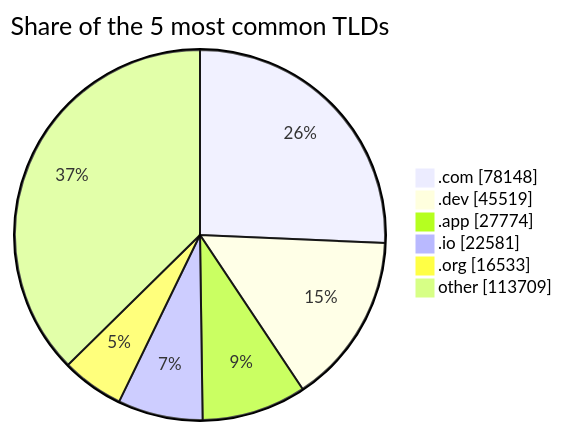
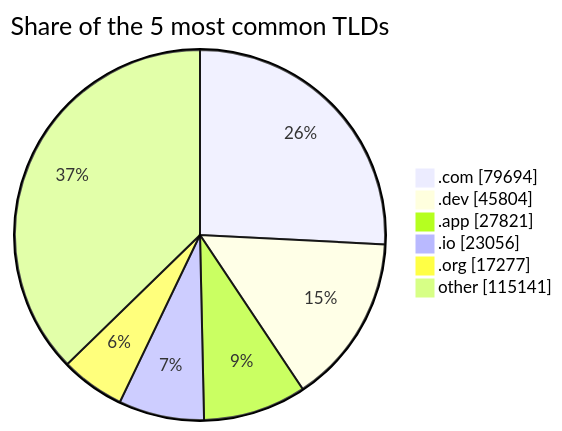
Before and after one commit to DNSBunker/CTI: the third of 3 diagrams in README.md, drawn with Mermaid. The commit also changed other lines of this file and 3 other files, not shown here.

````diff
--- a/README.md
+++ b/README.md
@@ -81,9 +81,9 @@
 ```mermaid
 pie showData title Share of the 5 most common TLDs
-    ".com" : 78148
-    ".dev" : 45519
-    ".app" : 27774
-    ".io" : 22581
-    ".org" : 16533
-    "other" : 113709
+    ".com" : 79694
+    ".dev" : 45804
+    ".app" : 27821
+    ".io" : 23056
+    ".org" : 17277
+    "other" : 115141
 ```
````
